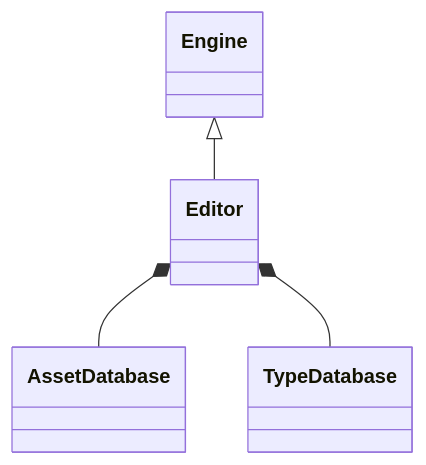
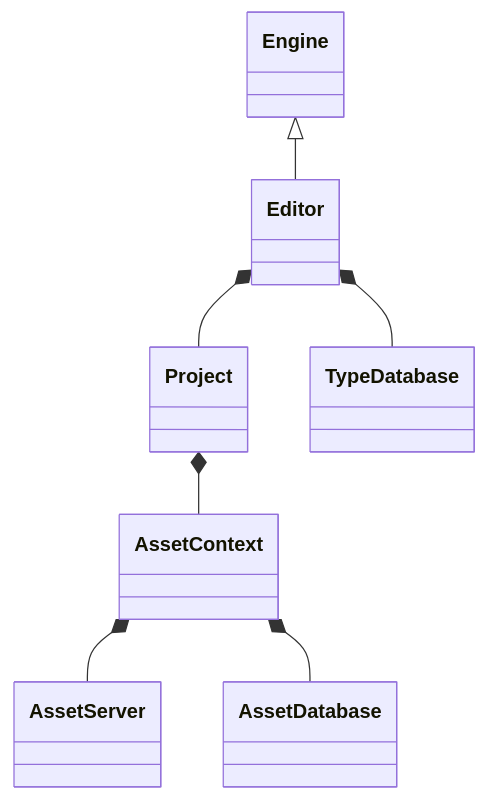
One commit to mattkleiny/surreal-rust changed the diagram in editor/docs/README.md. Above: the diagram before and after it, drawn with Mermaid. The commit also changed 3 other files, not shown here.

````diff
--- a/editor/docs/README.md
+++ b/editor/docs/README.md
@@ -15,12 +15,18 @@
 ```mermaid
 classDiagram
 
 class Engine
 class Editor
+class Project
+class TypeDatabase
+class AssetContext
 class AssetDatabase
-class TypeDatabase
+class AssetServer
 
 Engine <|-- Editor
-Editor *-- AssetDatabase
 Editor *-- TypeDatabase
+Editor *-- Project
+Project *-- AssetContext
+AssetContext *-- AssetServer
+AssetContext *-- AssetDatabase
 ```
````
